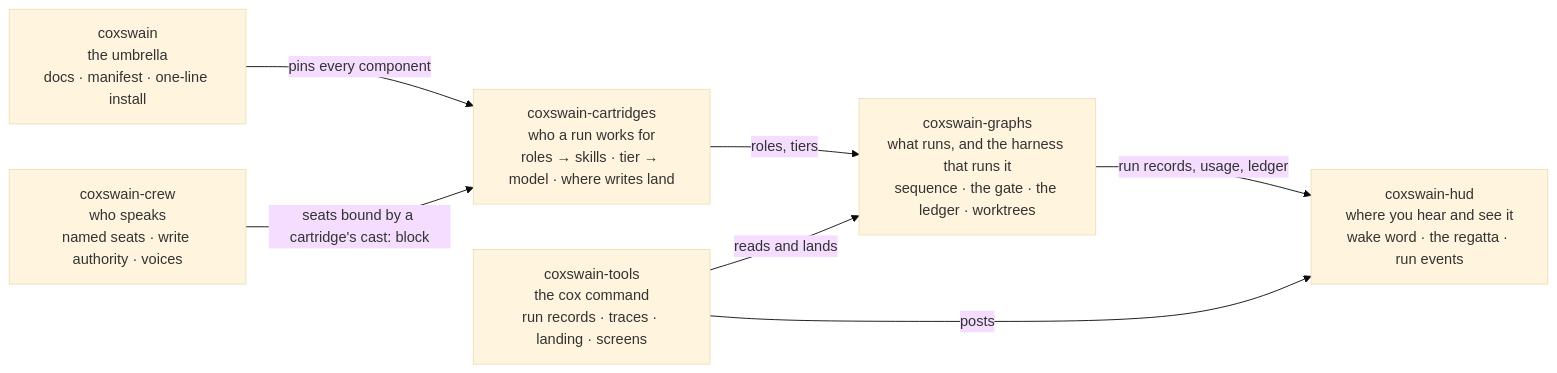
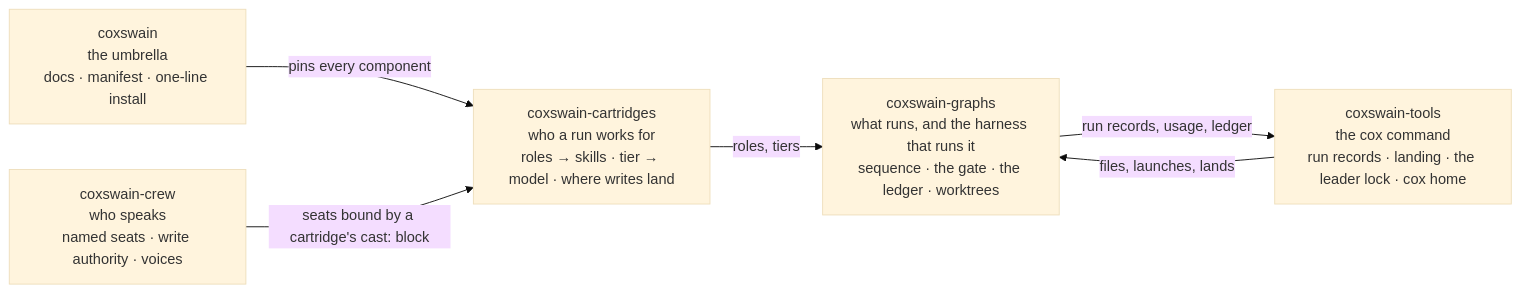
Before and after one commit to ppfenning/ppfenning: the diagram in README.md, drawn with Mermaid (base theme). The commit also changed other lines of this file, not shown here.

First line of the commit message:
README: the flow as it runs today — sizing, lint before tokens, the human gate, the leader lock; four components, 0.2.0, brew

````diff
--- a/README.md
+++ b/README.md
@@ -37,15 +44,13 @@
 ```mermaid
 flowchart LR
     UMB["coxswain<br/>the umbrella<br/>docs · manifest · one-line install"]
     CART["coxswain-cartridges<br/>who a run works for<br/>roles → skills · tier → model · where writes land"]
     GRAPHS["coxswain-graphs<br/>what runs, and the harness that runs it<br/>sequence · the gate · the ledger · worktrees"]
     CREW["coxswain-crew<br/>who speaks<br/>named seats · write authority · voices"]
-    HUD["coxswain-hud<br/>where you hear and see it<br/>wake word · the regatta · run events"]
-    TOOLS["coxswain-tools<br/>the cox command<br/>run records · traces · landing · screens"]
+    TOOLS["coxswain-tools<br/>the cox command<br/>run records · landing · the leader lock · cox home"]
     UMB -- "pins every component" --> CART
     CART -- "roles, tiers" --> GRAPHS
     CREW -- "seats bound by a cartridge's cast: block" --> CART
-    GRAPHS -- "run records, usage, ledger" --> HUD
-    TOOLS -- "reads and lands" --> GRAPHS
-    TOOLS -- "posts" --> HUD
+    GRAPHS -- "run records, usage, ledger" --> TOOLS
+    TOOLS -- "files, launches, lands" --> GRAPHS
 ```
````
